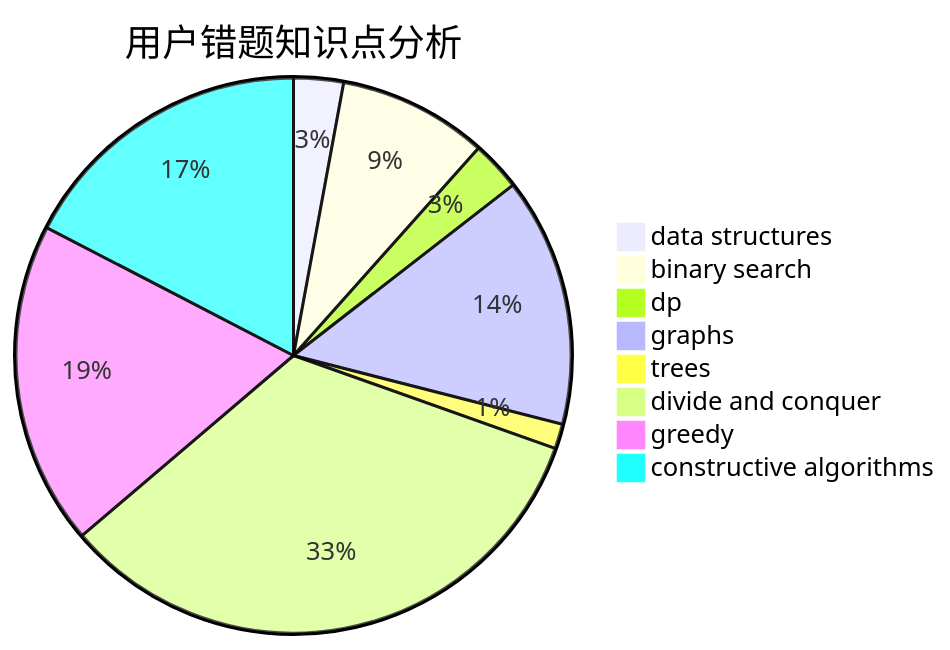
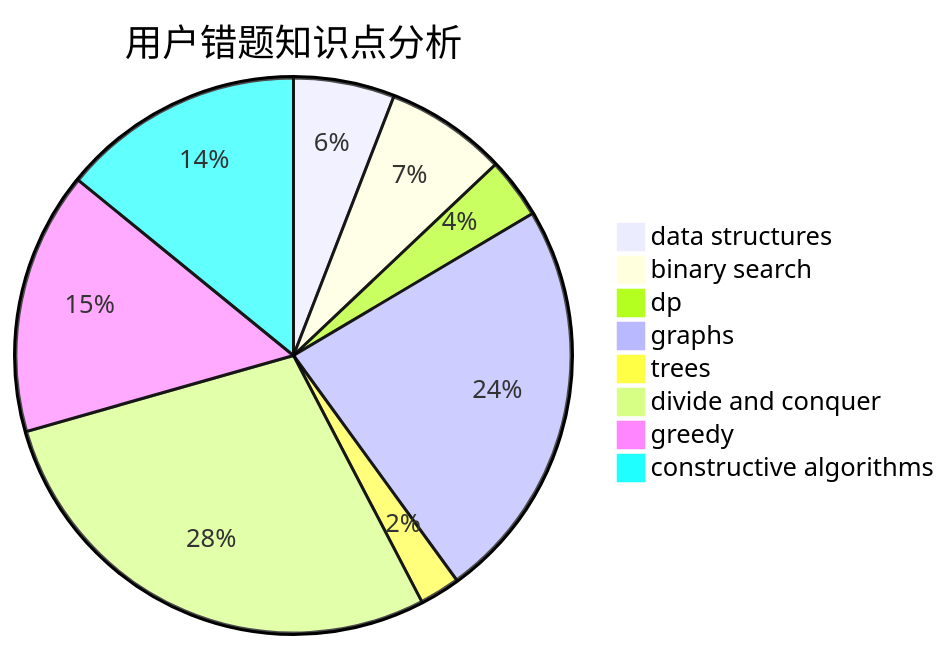
Before and after one commit to sherpahu/cfrs.github.io: the third of 3 diagrams in docs/user/u130.md, drawn with Mermaid. The commit also changed other lines of this file and 2770 other files, not shown here.

````diff
--- a/docs/user/u130.md
+++ b/docs/user/u130.md
@@ -36,11 +36,11 @@
 ```mermaid
 pie title 用户错题知识点分析
-    "data structures" :  2
+    "data structures" :  5
     "binary search" :  6
-    "dp" :  2
-    "graphs" :  10
-    "trees" :  1
-    "divide and conquer" :  23
+    "dp" :  3
+    "graphs" :  20
+    "trees" :  2
+    "divide and conquer" :  24
     "greedy" :  13
     "constructive algorithms" :  12
 ```
````
